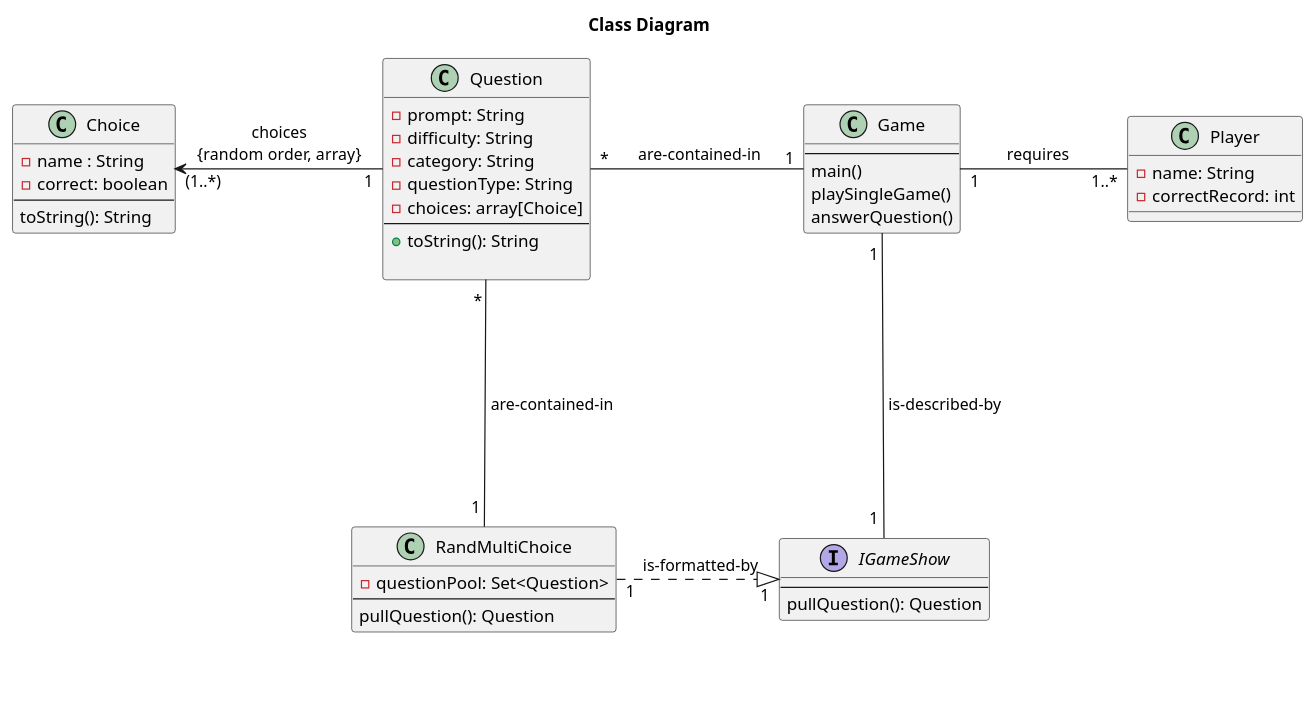
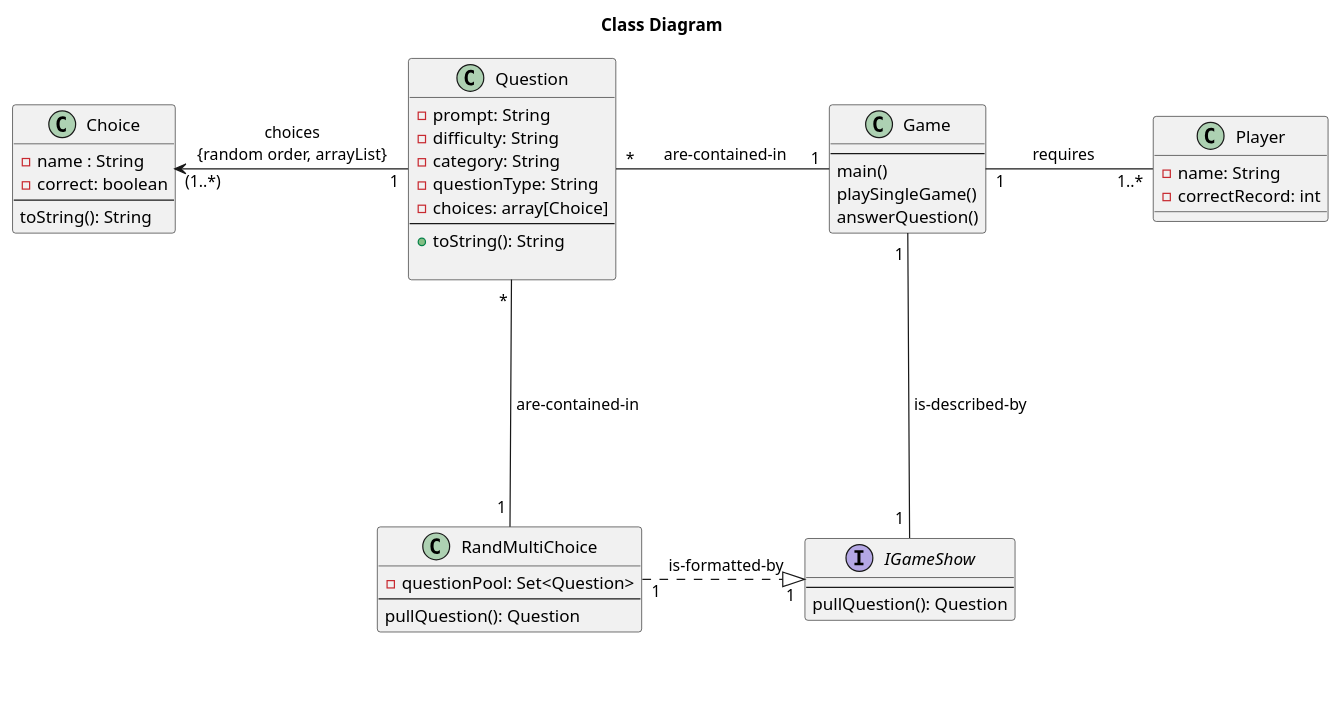
The first of 4 diagrams in doc/design.md (aczar09/Trivia-Game-Android), drawn with PlantUML before and after one commit.

Commit message:
made minor change to design class diagram

````diff
--- a/doc/design.md
+++ b/doc/design.md
@@ -12,46 +12,46 @@
 ```plantuml
 title Class Diagram
 ' classes
 'skinparam classAttributeIconSize 0 
 class Game{
 --
 main()
 playSingleGame()
 answerQuestion()
 }
 class Question{
     -prompt: String
     -difficulty: String
     -category: String
     -questionType: String
     -choices: array[Choice]
     --
     +toString(): String
     
 }
 class Choice{
     -name : String
     -correct: boolean
     --
     toString(): String
 }
 class Player{
 -name: String
 -correctRecord: int
 }
 interface IGameShow{
 --
     pullQuestion(): Question
 }
 Game "1" ---left-- "*" Question : "      are-contained-in     "
-Question "\t1" -left-->"(1..*)" Choice:choices\n{random order, array}
+Question "\t1" -left-->"(1..*)" Choice:choices\n{random order, arrayList}
 Game "1\t" --right-- "1..*" Player: "      requires         "
 Game "1 " -down- " 1 " IGameShow: " is-described-by"
 class RandMultiChoice{
     -questionPool: Set<Question>
     --
     pullQuestion(): Question
 }
 IGameShow"\t   1\n\n\n\n" <|..left.."1\t" RandMultiChoice:" is-formatted-by"
 RandMultiChoice "1 "--up-- " * " Question: " are-contained-in"
 ```
````
